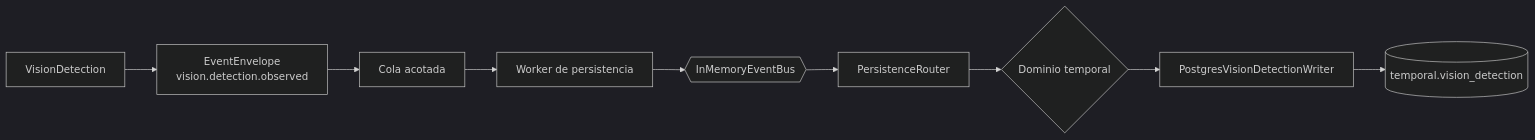
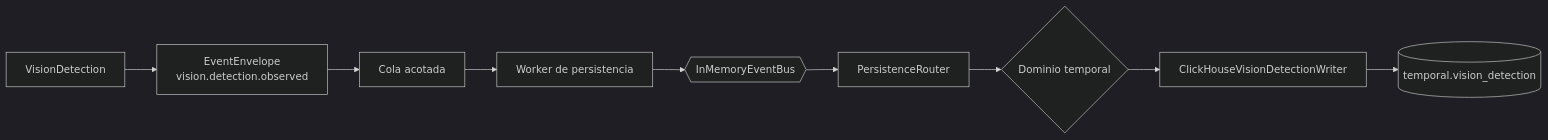
Before and after one commit to dfr2098/broder: the fifth of 9 diagrams in core/rs/ARCHITECTURE.md, drawn with Mermaid (dark theme). The commit also changed other lines of this file and 28 other files, not shown here.

````diff
--- a/core/rs/ARCHITECTURE.md
+++ b/core/rs/ARCHITECTURE.md
@@ -230,11 +231,11 @@
 ```mermaid
 flowchart LR
     DET[VisionDetection] --> ENV[EventEnvelope<br/>vision.detection.observed]
     ENV --> QUEUE[Cola acotada]
     QUEUE --> WORKER[Worker de persistencia]
     WORKER --> BUS{{InMemoryEventBus}}
     BUS --> ROUTER[PersistenceRouter]
     ROUTER --> POLICY{Dominio temporal}
-    POLICY --> WRITER[PostgresVisionDetectionWriter]
+    POLICY --> WRITER[ClickHouseVisionDetectionWriter]
     WRITER --> TABLE[(temporal.vision_detection)]
 ```
````
